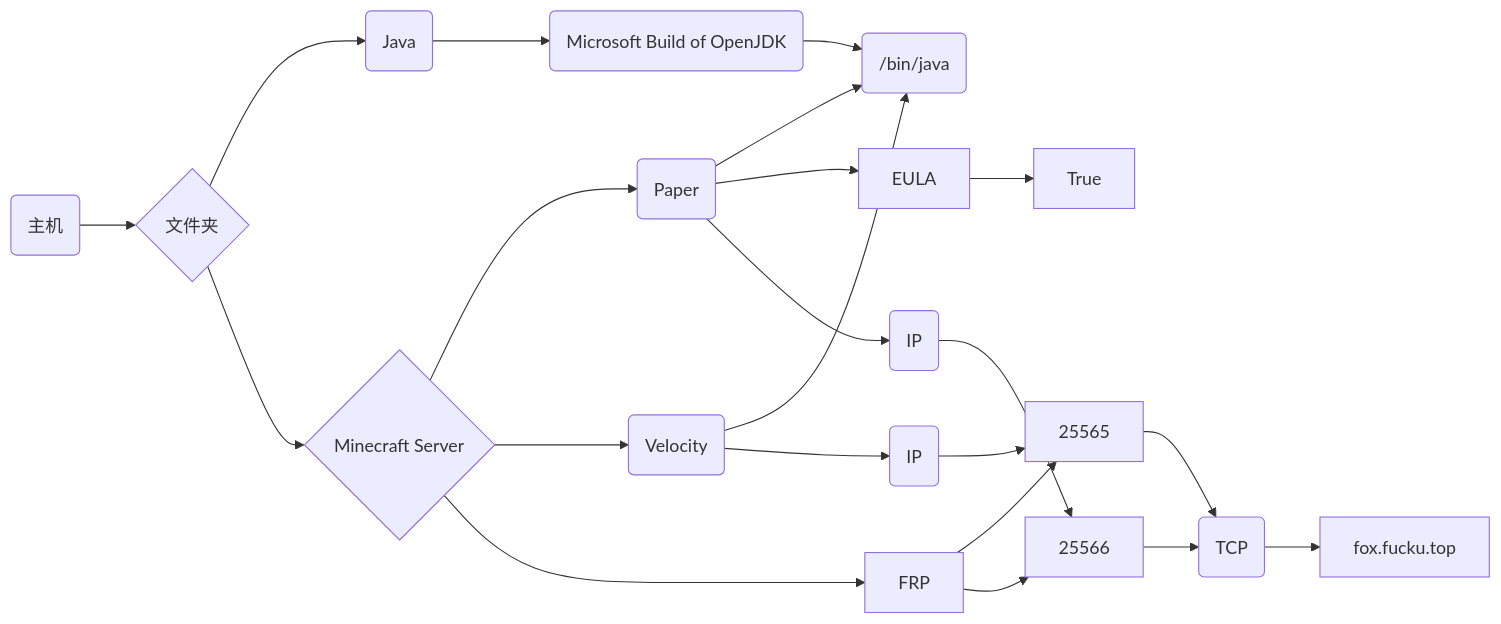
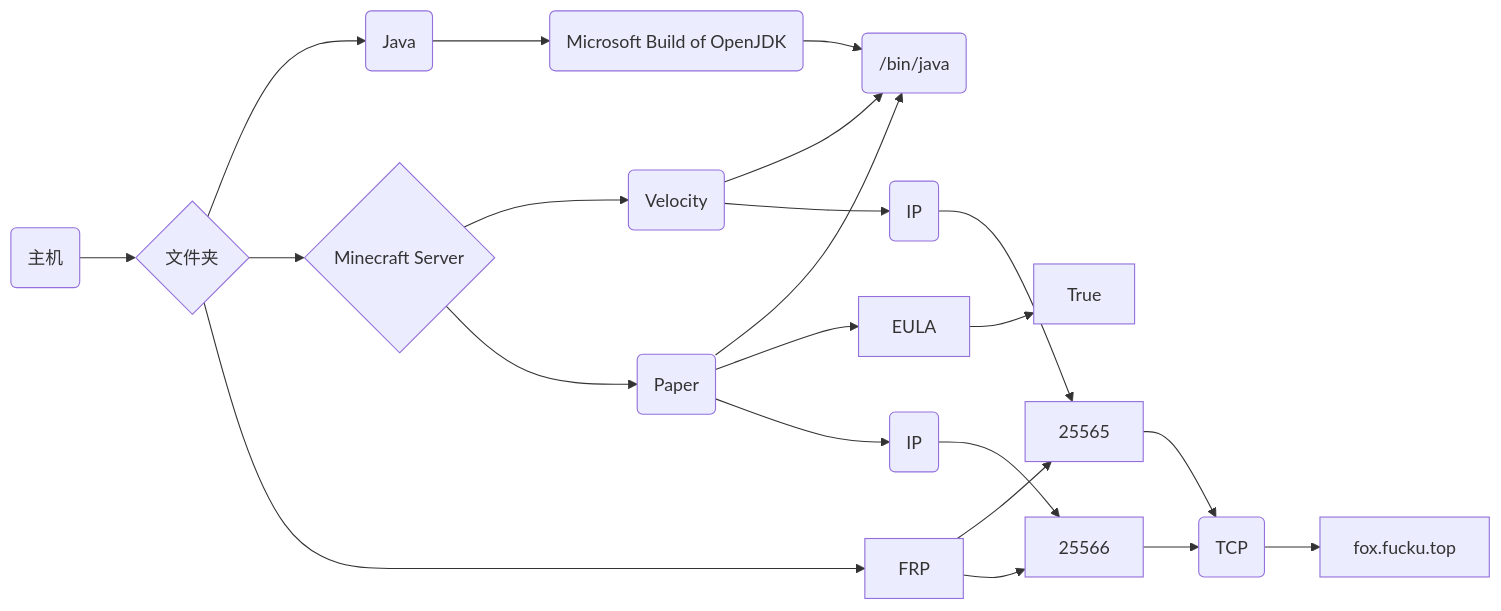
The diagram in README.md (FoxPixels/Project-Moonland-X), drawn with Mermaid before and after one commit.

````diff
--- a/README.md
+++ b/README.md
@@ -18,27 +18,27 @@
 ```mermaid
 flowchart LR
 b{文件夹}
 c(Java)
 d{Minecraft Server}
   a(主机) --> b
   b-->c
   b-->d
   c-->cc(Microsoft Build of OpenJDK)
   cc-->ccc(/bin/java)
+  d-->Velocity(Velocity)
   d-->dd(Paper)
-  d-->Velocity(Velocity)
-  d-->FRP
+  b-->FRP
   dd-->ccc
   Velocity-->ccc
   dd-->EULA
   EULA-->True
   dd-->IP(IP)
   IP-->25566
   Velocity-->IP2(IP)
   IP2-->25565
   FRP-->25565
   FRP-->25566
   25565-->TCP(TCP)
   25566-->TCP
   TCP-->fox.fucku.top
 ```
````
